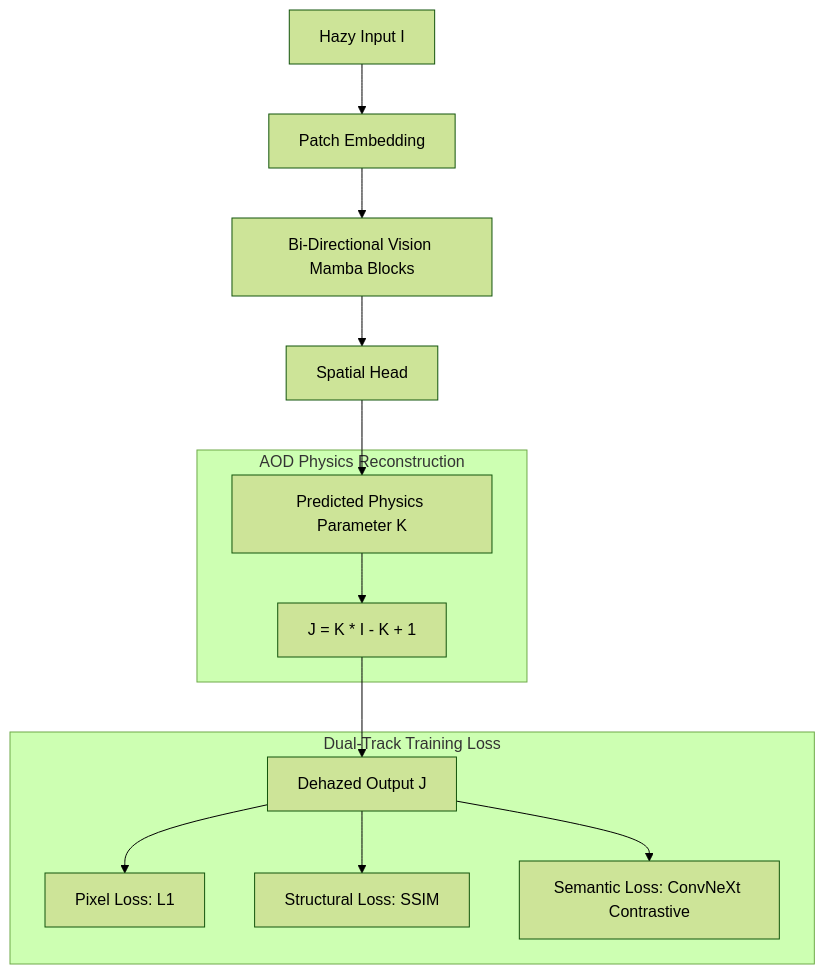
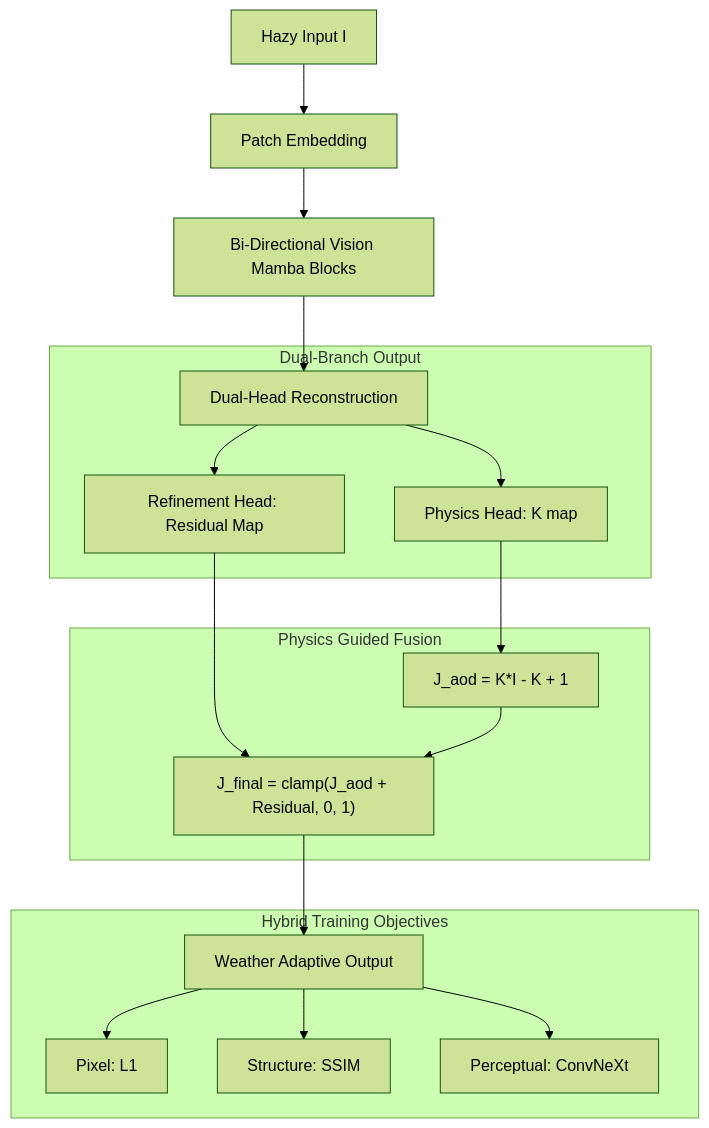
One commit to Pranavar90/capstone-atmos-trail changed the diagram in README.md. Above: the diagram before and after it, drawn with Mermaid (forest theme). The commit also changed other lines of this file and 9 other files, not shown here.

First line of the commit message:
feat: Implement Physics-Neural Hybrid Architecture

````diff
--- a/README.md
+++ b/README.md
@@ -18,19 +23,25 @@
 ```mermaid
 graph TD
     A[Hazy Input I] --> B[Patch Embedding]
     B --> C[Bi-Directional Vision Mamba Blocks]
-    C --> D[Spatial Head]
-    D --> E[Predicted Physics Parameter K]
+    C --> D[Dual-Head Reconstruction]
     
-    subgraph "AOD Physics Reconstruction"
-    E --> F["J = K * I - K + 1"]
+    subgraph "Dual-Branch Output"
+    D --> E[Physics Head: K map]
+    D --> F[Refinement Head: Residual Map]
     end
     
-    F --> G[Dehazed Output J]
+    subgraph "Physics Guided Fusion"
+    E --> G["J_aod = K*I - K + 1"]
+    F --> H["J_final = clamp(J_aod + Residual, 0, 1)"]
+    G --> H
+    end
     
-    subgraph "Dual-Track Training Loss"
-    G --> H[Pixel Loss: L1]
-    G --> I[Structural Loss: SSIM]
-    G --> J[Semantic Loss: ConvNeXt Contrastive]
+    H --> I[Weather Adaptive Output]
+    
+    subgraph "Hybrid Training Objectives"
+    I --> J[Pixel: L1]
+    I --> K[Structure: SSIM]
+    I --> L[Perceptual: ConvNeXt]
     end
 ```
````
